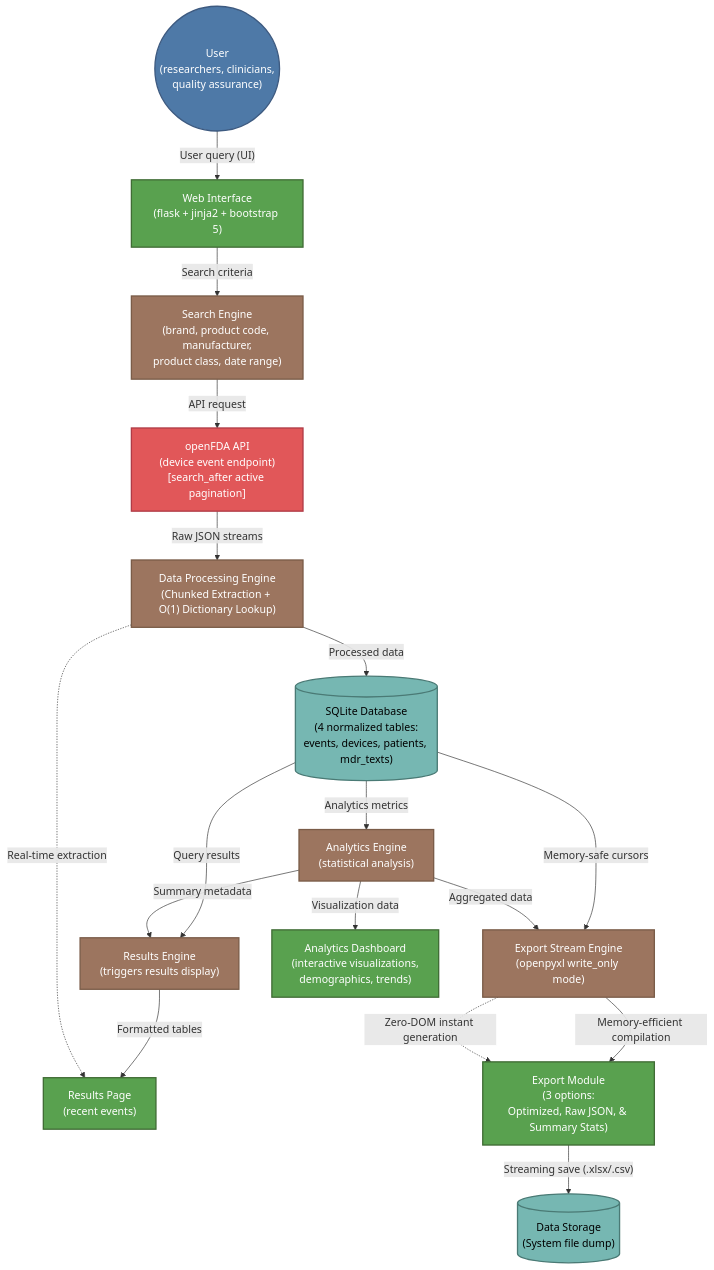
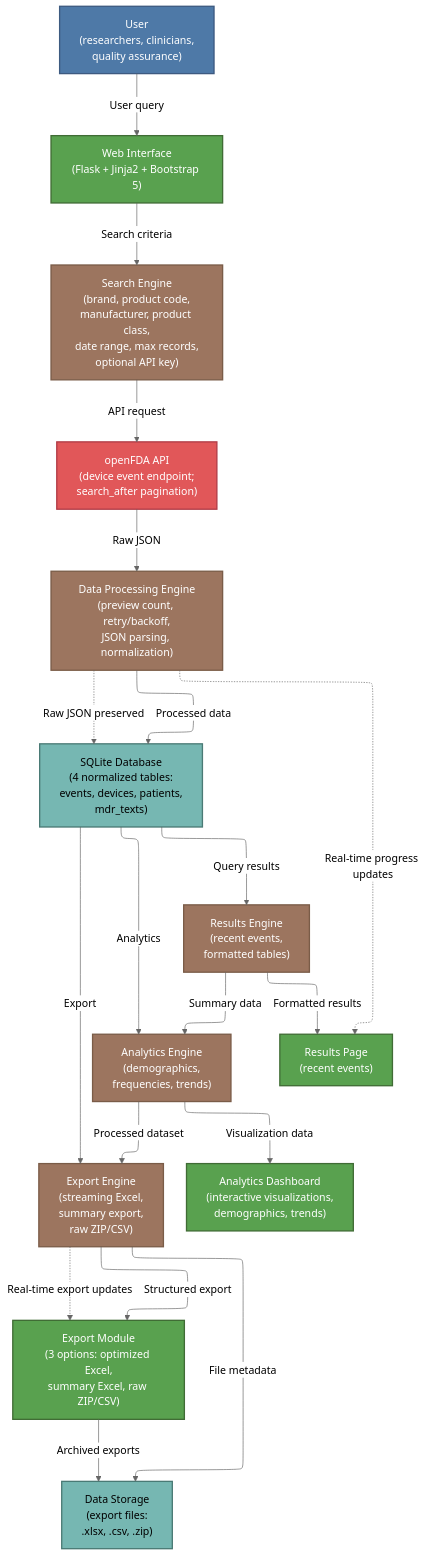
Before and after one commit to MohamedMaroufMD/MAUDEMetrics: the diagram in MAUDEMetrics_Workflow.mmd, drawn with Mermaid.

Commit message:
Update MAUDEMetrics workflow diagram

```diff
--- a/MAUDEMetrics_Workflow.mmd
+++ b/MAUDEMetrics_Workflow.mmd
@@ -1,43 +1,51 @@
+---
+config:
+  look: classic
+  theme: neutral
+  layout: elk
+---
 flowchart TD
     classDef user fill:#4e79a7,stroke:#3d5a80,stroke-width:2px,color:white
     classDef interface fill:#59a14f,stroke:#406c35,stroke-width:2px,color:white
     classDef engine fill:#9c755f,stroke:#7a5c48,stroke-width:2px,color:white
     classDef external fill:#e15759,stroke:#b03b46,stroke-width:2px,color:white
     classDef storage fill:#76b7b2,stroke:#4a7a75,stroke-width:2px,color:black
 
-    User(("User\n(researchers, clinicians,\nquality assurance)")):::user
-    WebInterface["Web Interface\n(flask + jinja2 + bootstrap 5)"]:::interface
-    SearchEngine["Search Engine\n(brand, product code, manufacturer,\nproduct class, date range)"]:::engine
-    openFDA["openFDA API\n(device event endpoint)\n[search_after active pagination]"]:::external
-    DataProcessing["Data Processing Engine\n(Chunked Extraction + O(1) Dictionary Lookup)"]:::engine
-    SQLite[("SQLite Database\n(4 normalized tables:\nevents, devices, patients, mdr_texts)")]:::storage
+    User["User<br/>(researchers, clinicians,<br/>quality assurance)"]:::user
+    WebInterface["Web Interface<br/>(Flask + Jinja2 + Bootstrap 5)"]:::interface
+    SearchEngine["Search Engine<br/>(brand, product code,<br/>manufacturer, product class,<br/>date range, max records,<br/>optional API key)"]:::engine
+    openFDA["openFDA API<br/>(device event endpoint;<br/>search_after pagination)"]:::external
+    DataProcessing["Data Processing Engine<br/>(preview count, retry/backoff,<br/>JSON parsing, normalization)"]:::engine
+    SQLite["SQLite Database<br/>(4 normalized tables:<br/>events, devices, patients,<br/>mdr_texts)"]:::storage
 
-    ResultsEngine["Results Engine\n(triggers results display)"]:::engine
-    AnalyticsEngine["Analytics Engine\n(statistical analysis)"]:::engine
-    ExportEngine["Export Stream Engine\n(openpyxl write_only mode)"]:::engine
+    ResultsEngine["Results Engine<br/>(recent events,<br/>formatted tables)"]:::engine
+    AnalyticsEngine["Analytics Engine<br/>(demographics,<br/>frequencies, trends)"]:::engine
+    ExportEngine["Export Engine<br/>(streaming Excel,<br/>summary export,<br/>raw ZIP/CSV)"]:::engine
 
-    ResultsPage["Results Page\n(recent events)"]:::interface
-    AnalyticsDashboard["Analytics Dashboard\n(interactive visualizations,\ndemographics, trends)"]:::interface
-    ExportModule["Export Module\n(3 options:\nOptimized, Raw JSON, & Summary Stats)"]:::interface
-    DataStorage[("Data Storage\n(System file dump)")]:::storage
+    ResultsPage["Results Page<br/>(recent events)"]:::interface
+    AnalyticsDashboard["Analytics Dashboard<br/>(interactive visualizations,<br/>demographics, trends)"]:::interface
+    ExportModule["Export Module<br/>(3 options: optimized Excel,<br/>summary Excel, raw ZIP/CSV)"]:::interface
+    DataStorage["Data Storage<br/>(export files:<br/>.xlsx, .csv, .zip)"]:::storage
 
-    User -- "User query (UI)" --> WebInterface
-    WebInterface -- "Search criteria" --> SearchEngine
-    SearchEngine -- "API request" --> openFDA
-    openFDA -- "Raw JSON streams" --> DataProcessing
-    DataProcessing -- "Processed data" --> SQLite
+    User -->|"User query"| WebInterface
+    WebInterface -->|"Search criteria"| SearchEngine
+    SearchEngine -->|"API request"| openFDA
+    openFDA -->|"Raw JSON"| DataProcessing
+    DataProcessing -->|"Processed data"| SQLite
 
-    SQLite -- "Query results" --> ResultsEngine
-    SQLite -- "Analytics metrics" --> AnalyticsEngine
-    SQLite -- "Memory-safe cursors" --> ExportEngine
+    SQLite -->|"Query results"| ResultsEngine
+    SQLite -->|"Analytics"| AnalyticsEngine
+    SQLite -->|"Export"| ExportEngine
 
-    ResultsEngine -- "Formatted tables" --> ResultsPage
-    AnalyticsEngine -- "Summary metadata" --> ResultsEngine
-    AnalyticsEngine -- "Visualization data" --> AnalyticsDashboard
-    AnalyticsEngine -- "Aggregated data" --> ExportEngine
-    
-    ExportEngine -- "Memory-efficient compilation" --> ExportModule
-    ExportModule -- "Streaming save (.xlsx/.csv)" --> DataStorage
-    
-    DataProcessing -. "Real-time extraction" .-> ResultsPage
-    ExportEngine -. "Zero-DOM instant generation" .-> ExportModule
+    ResultsEngine -->|"Formatted results"| ResultsPage
+    ResultsEngine -->|"Summary data"| AnalyticsEngine
+    AnalyticsEngine -->|"Visualization data"| AnalyticsDashboard
+    AnalyticsEngine -->|"Processed dataset"| ExportEngine
+
+    ExportEngine -->|"Structured export"| ExportModule
+    ExportEngine -->|"File metadata"| DataStorage
+    ExportModule -->|"Archived exports"| DataStorage
+
+    DataProcessing -.->|"Real-time progress updates"| ResultsPage
+    DataProcessing -.->|"Raw JSON preserved"| SQLite
+    ExportEngine -.->|"Real-time export updates"| ExportModule
```
